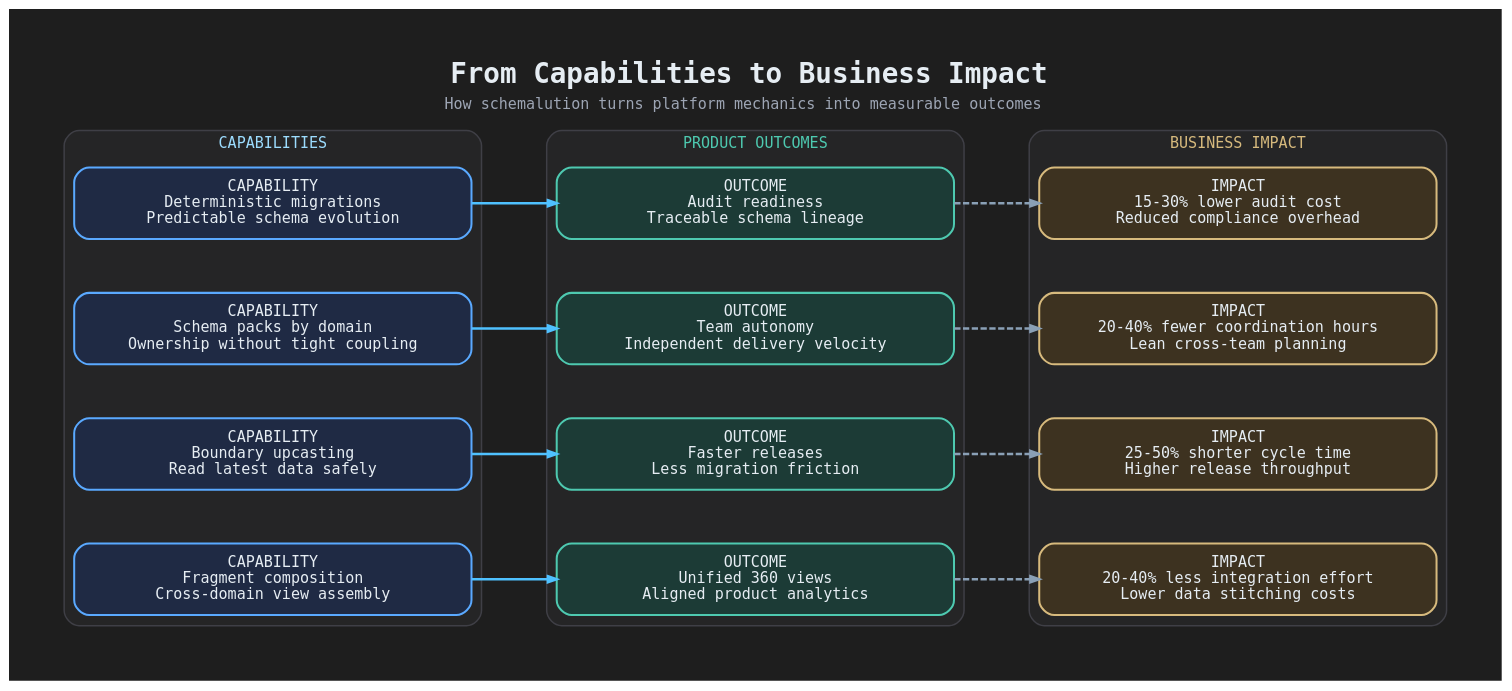
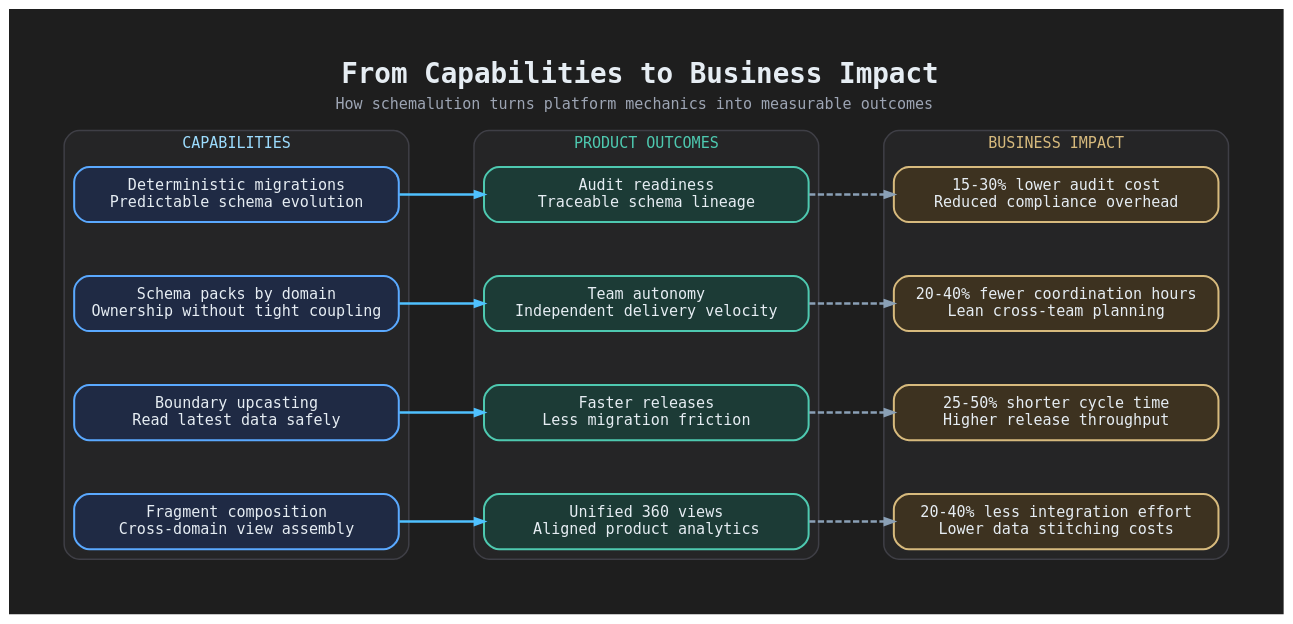
One commit to cronologi/schemalution changed the diagram in assets/diagrams/capabilities-outcomes.dot. Above: the diagram before and after it, drawn with Graphviz. The commit also changed 8 other files, not shown here.

```diff
--- a/assets/diagrams/capabilities-outcomes.dot
+++ b/assets/diagrams/capabilities-outcomes.dot
@@ -1,100 +1,100 @@
 digraph capabilities_outcomes {
   graph [
     rankdir=LR,
     bgcolor="#1E1E1E",
     pad="0.50",
     nodesep="0.60",
     ranksep="0.95",
     fontname="Cascadia Code, DejaVu Sans Mono, Noto Mono",
     fontsize=15,
     labelloc="t",
     label=<
       <TABLE BORDER="0" CELLBORDER="0" CELLPADDING="2" CELLSPACING="0">
         <TR><TD><FONT POINT-SIZE="22" COLOR="#E6EDF3"><B>From Capabilities to Business Impact</B></FONT></TD></TR>
         <TR><TD><FONT POINT-SIZE="12" COLOR="#9DA5B4">How schemalution turns platform mechanics into measurable outcomes</FONT></TD></TR>
       </TABLE>
     >
   ];
 
   node [
     shape=box,
     style="rounded,filled",
     penwidth=1.6,
     fontname="Cascadia Code, DejaVu Sans Mono, Noto Mono",
     fontsize=12,
     color="#3F3F46",
     fontcolor="#E6EDF3",
-    margin="0.16,0.12",
-    width=4.4
+    margin="0.12,0.12",
+    width=3.6
   ];
 
   edge [
     color="#4FC1FF",
     penwidth=2,
     arrowsize=0.7
   ];
 
   subgraph cluster_capabilities {
     label="CAPABILITIES";
     labelloc=t;
     labeljust=c;
     fontsize=12;
     fontname="Cascadia Code, DejaVu Sans Mono, Noto Mono";
     fontcolor="#9CDCFE";
     color="#3F3F46";
     fillcolor="#252526";
     style="rounded,filled";
     penwidth=1.2;
 
-    C1 [fillcolor="#1F2A44", color="#5AA9FF", label="CAPABILITY\nDeterministic migrations\nPredictable schema evolution"];
-    C2 [fillcolor="#1F2A44", color="#5AA9FF", label="CAPABILITY\nSchema packs by domain\nOwnership without tight coupling"];
-    C3 [fillcolor="#1F2A44", color="#5AA9FF", label="CAPABILITY\nBoundary upcasting\nRead latest data safely"];
-    C4 [fillcolor="#1F2A44", color="#5AA9FF", label="CAPABILITY\nFragment composition\nCross-domain view assembly"];
+    C1 [fillcolor="#1F2A44", color="#5AA9FF", label="Deterministic migrations\nPredictable schema evolution"];
+    C2 [fillcolor="#1F2A44", color="#5AA9FF", label="Schema packs by domain\nOwnership without tight coupling"];
+    C3 [fillcolor="#1F2A44", color="#5AA9FF", label="Boundary upcasting\nRead latest data safely"];
+    C4 [fillcolor="#1F2A44", color="#5AA9FF", label="Fragment composition\nCross-domain view assembly"];
   }
 
   subgraph cluster_outcomes {
     label="PRODUCT OUTCOMES";
     labelloc=t;
     labeljust=c;
     fontsize=12;
     fontname="Cascadia Code, DejaVu Sans Mono, Noto Mono";
     fontcolor="#4EC9B0";
     color="#3F3F46";
     fillcolor="#252526";
     style="rounded,filled";
     penwidth=1.2;
 
-    O1 [fillcolor="#1C3B36", color="#4EC9B0", label="OUTCOME\nAudit readiness\nTraceable schema lineage"];
-    O2 [fillcolor="#1C3B36", color="#4EC9B0", label="OUTCOME\nTeam autonomy\nIndependent delivery velocity"];
-    O3 [fillcolor="#1C3B36", color="#4EC9B0", label="OUTCOME\nFaster releases\nLess migration friction"];
-    O4 [fillcolor="#1C3B36", color="#4EC9B0", label="OUTCOME\nUnified 360 views\nAligned product analytics"];
+    O1 [fillcolor="#1C3B36", color="#4EC9B0", label="Audit readiness\nTraceable schema lineage"];
+    O2 [fillcolor="#1C3B36", color="#4EC9B0", label="Team autonomy\nIndependent delivery velocity"];
+    O3 [fillcolor="#1C3B36", color="#4EC9B0", label="Faster releases\nLess migration friction"];
+    O4 [fillcolor="#1C3B36", color="#4EC9B0", label="Unified 360 views\nAligned product analytics"];
   }
 
   subgraph cluster_impact {
     label="BUSINESS IMPACT";
     labelloc=t;
     labeljust=c;
     fontsize=12;
     fontname="Cascadia Code, DejaVu Sans Mono, Noto Mono";
     fontcolor="#D7BA7D";
     color="#3F3F46";
     fillcolor="#252526";
     style="rounded,filled";
     penwidth=1.2;
 
-    I1 [fillcolor="#3D3220", color="#D7BA7D", label="IMPACT\n15-30% lower audit cost\nReduced compliance overhead"];
-    I2 [fillcolor="#3D3220", color="#D7BA7D", label="IMPACT\n20-40% fewer coordination hours\nLean cross-team planning"];
-    I3 [fillcolor="#3D3220", color="#D7BA7D", label="IMPACT\n25-50% shorter cycle time\nHigher release throughput"];
-    I4 [fillcolor="#3D3220", color="#D7BA7D", label="IMPACT\n20-40% less integration effort\nLower data stitching costs"];
+    I1 [fillcolor="#3D3220", color="#D7BA7D", label="15-30% lower audit cost\nReduced compliance overhead"];
+    I2 [fillcolor="#3D3220", color="#D7BA7D", label="20-40% fewer coordination hours\nLean cross-team planning"];
+    I3 [fillcolor="#3D3220", color="#D7BA7D", label="25-50% shorter cycle time\nHigher release throughput"];
+    I4 [fillcolor="#3D3220", color="#D7BA7D", label="20-40% less integration effort\nLower data stitching costs"];
   }
 
   C1 -> O1;
   C2 -> O2;
   C3 -> O3;
   C4 -> O4;
 
   O1 -> I1 [style=dashed, color="#8AA0B6", penwidth=2];
   O2 -> I2 [style=dashed, color="#8AA0B6", penwidth=2];
   O3 -> I3 [style=dashed, color="#8AA0B6", penwidth=2];
   O4 -> I4 [style=dashed, color="#8AA0B6", penwidth=2];
 }
```
